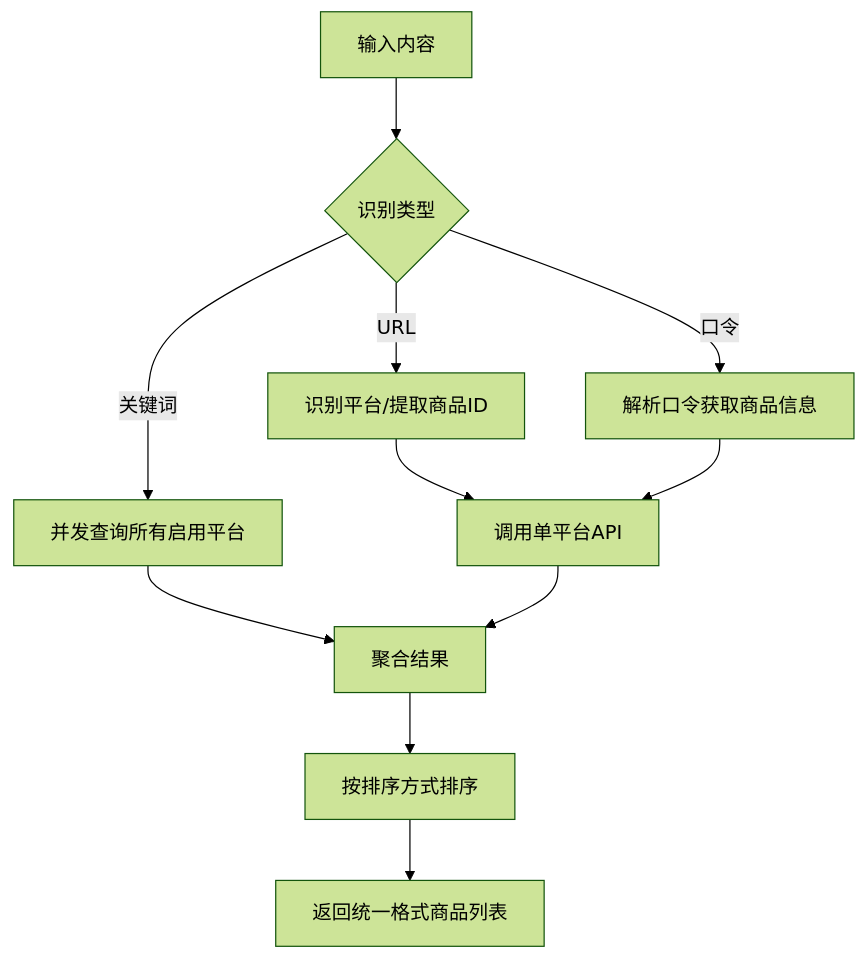
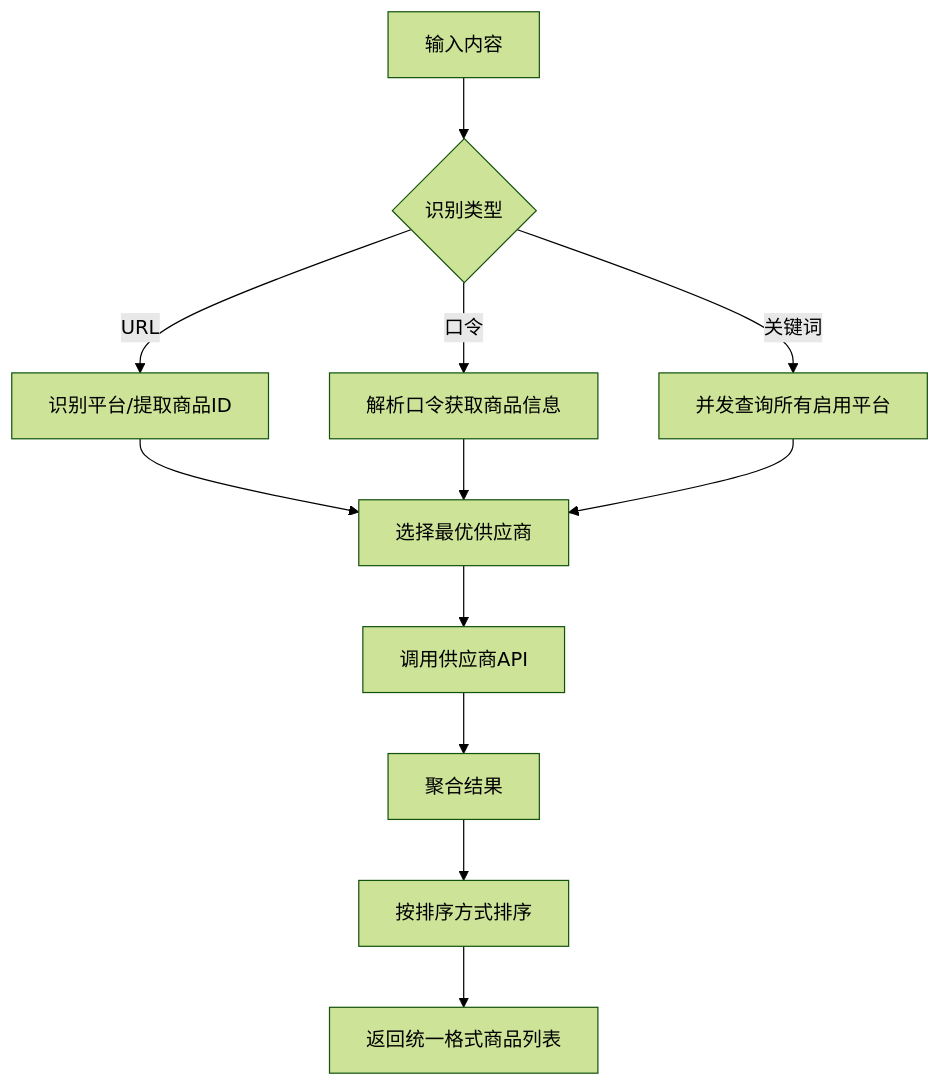
Before and after one commit to zhuangpengLI/AgenticCPS: the fourth of 11 diagrams in .qoder/repowiki/zh/content/后端服务架构/业务模块概览/CPS业务模块/CPS业务概述.md, drawn with Mermaid (forest theme). The commit also changed other lines of this file and 9 other files, not shown here.

````diff
--- a/.qoder/repowiki/zh/content/后端服务架构/业务模块概览/CPS业务模块/CPS业务概述.md
+++ b/.qoder/repowiki/zh/content/后端服务架构/业务模块概览/CPS业务模块/CPS业务概述.md
@@ -189,13 +225,14 @@
 ```mermaid
 flowchart TD
 IN["输入内容"] --> TYPE{"识别类型"}
 TYPE --> |URL| DETECT["识别平台/提取商品ID"]
 TYPE --> |口令| PARSE["解析口令获取商品信息"]
 TYPE --> |关键词| CONCUR["并发查询所有启用平台"]
-DETECT --> CALL["调用单平台API"]
-PARSE --> CALL
-CONCUR --> MERGE["聚合结果"]
-CALL --> MERGE
+DETECT --> VENDOR["选择最优供应商"]
+PARSE --> VENDOR
+CONCUR --> VENDOR
+VENDOR --> CALL["调用供应商API"]
+CALL --> MERGE["聚合结果"]
 MERGE --> SORT["按排序方式排序"]
 SORT --> OUT["返回统一格式商品列表"]
 ```
````
